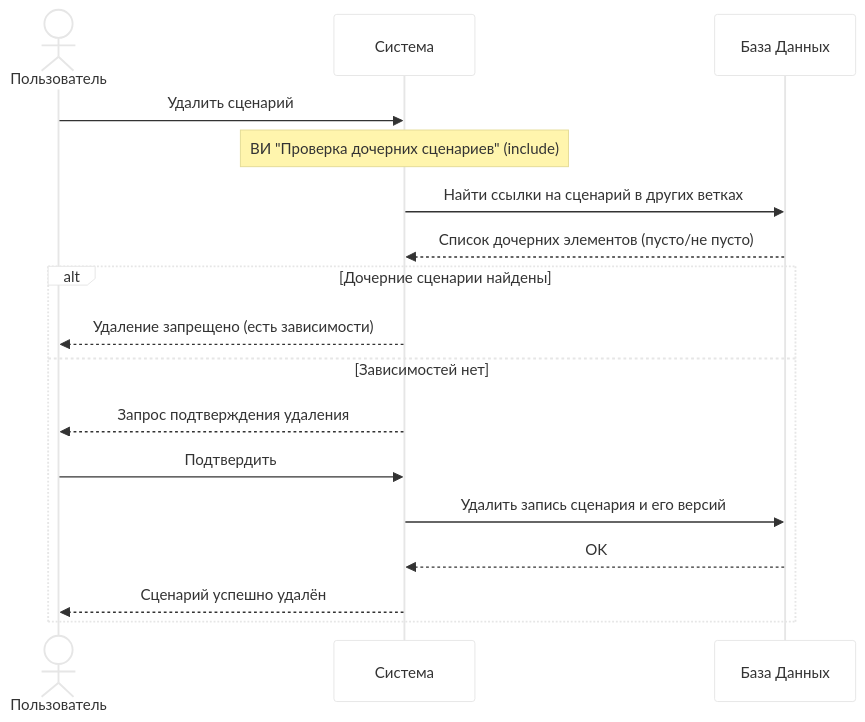
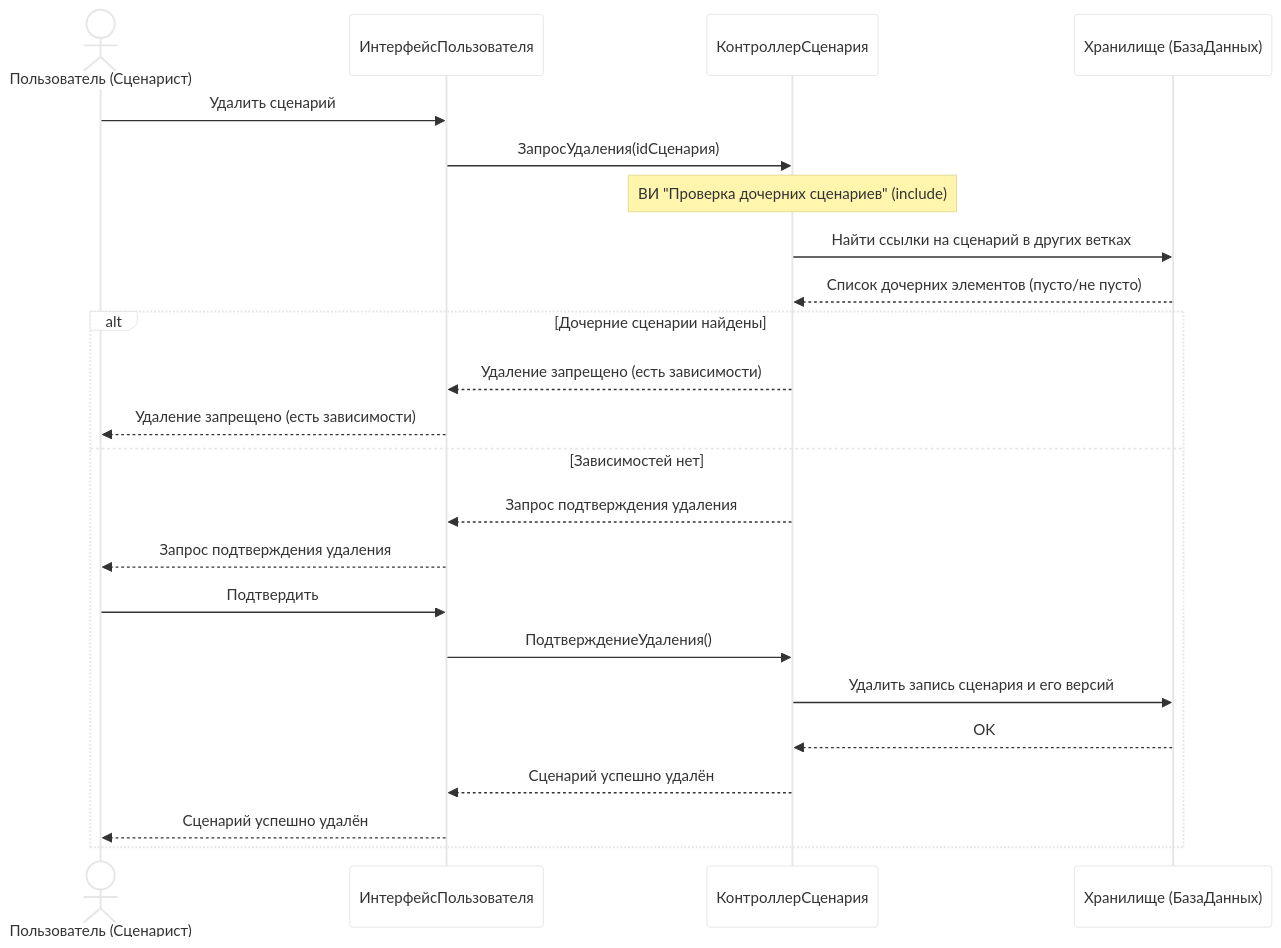
The third of 3 diagrams in Диаграмма последовательностей взаимодействия объектов классов.md (CHSU-scenarAIst/diagrammy), drawn with Mermaid before and after one commit. The commit also changed other lines of this file and 3 other files, not shown here.

````diff
--- a/Диаграмма последовательностей взаимодействия объектов классов.md
+++ b/Диаграмма последовательностей взаимодействия объектов классов.md
@@ -57,23 +72,30 @@
 ```mermaid
 %%{init: {'theme': 'base', 'themeVariables': { 'primaryColor': '#fff', 'edgeColor': '#000', 'lineColor': '#000'}}}%%
 sequenceDiagram
-    actor User as Пользователь
-    participant System as Система
-    participant DB as База Данных
+    actor User as Пользователь (Сценарист)
+    participant UI as ИнтерфейсПользователя
+    participant Controller as КонтроллерСценария
+    participant Storage as Хранилище (БазаДанных)
 
-    User->>System: Удалить сценарий
+    User->>UI: Удалить сценарий
+    UI->>Controller: ЗапросУдаления(idСценария)
     
-    Note over System: ВИ "Проверка дочерних сценариев" (include)
-    System->>DB: Найти ссылки на сценарий в других ветках
-    DB-->>System: Список дочерних элементов (пусто/не пусто)
+    Note over Controller: ВИ "Проверка дочерних сценариев" (include)
+    Controller->>Storage: Найти ссылки на сценарий в других ветках
+    Storage-->>Controller: Список дочерних элементов (пусто/не пусто)
     
     alt Дочерние сценарии найдены
-        System-->>User: Удаление запрещено (есть зависимости)
+        Controller-->>UI: Удаление запрещено (есть зависимости)
+        UI-->>User: Удаление запрещено (есть зависимости)
     else Зависимостей нет
-        System-->>User: Запрос подтверждения удаления
-        User->>System: Подтвердить
-        System->>DB: Удалить запись сценария и его версий
-        DB-->>System: OK
-        System-->>User: Сценарий успешно удалён
+        Controller-->>UI: Запрос подтверждения удаления
+        UI-->>User: Запрос подтверждения удаления
+        User->>UI: Подтвердить
+        UI->>Controller: ПодтверждениеУдаления()
+        Controller->>Storage: Удалить запись сценария и его версий
+        Storage-->>Controller: OK
+        Controller-->>UI: Сценарий успешно удалён
+        UI-->>User: Сценарий успешно удалён
     end
+
 ```
````
